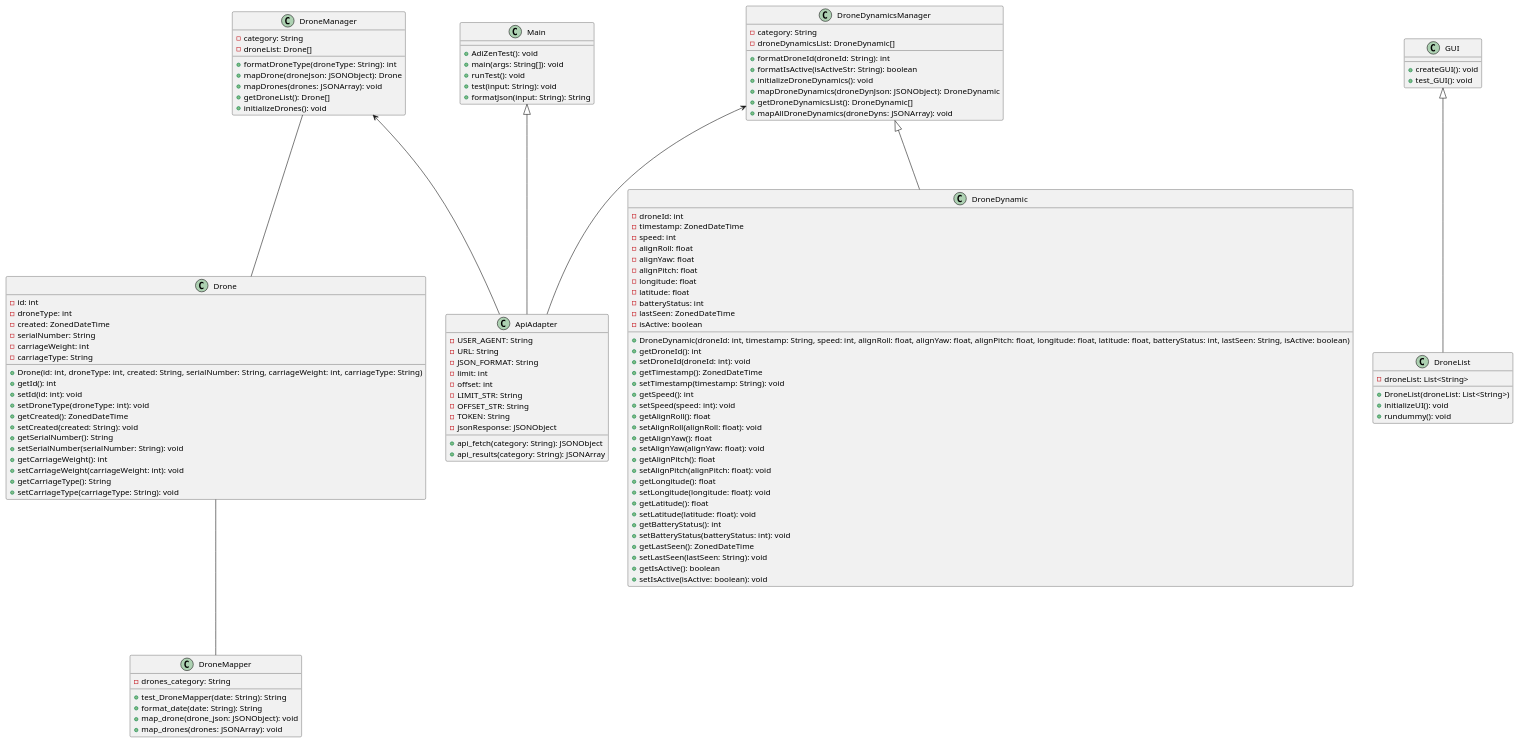
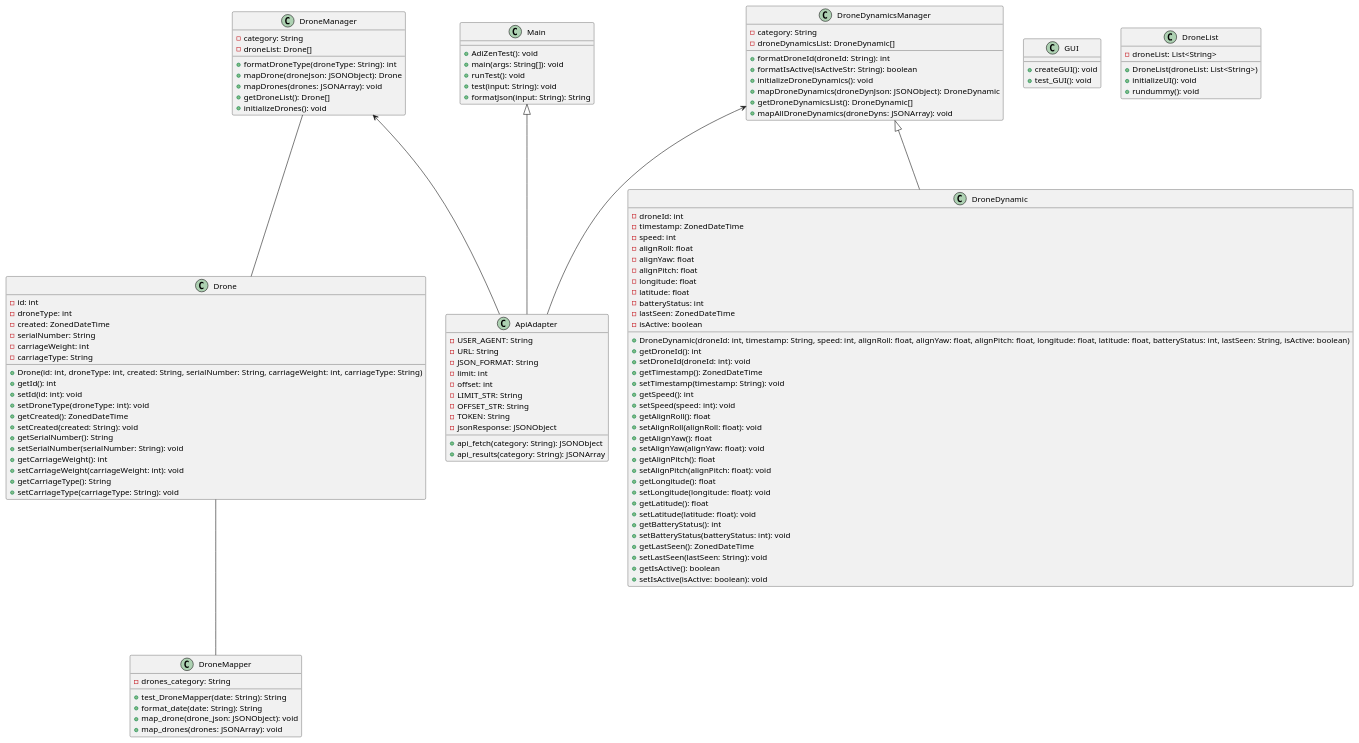
One commit to VicCislari/DroneGUI changed the diagram in Documentation/classdiagramm.puml. Above: the diagram before and after it, drawn with PlantUML. The commit also changed 1 other file, not shown here.

```diff
--- a/Documentation/classdiagramm.puml
+++ b/Documentation/classdiagramm.puml
@@ -1,139 +1,138 @@
 @startuml
 
 class Drone {
     -id: int
     -droneType: int
     -created: ZonedDateTime
     -serialNumber: String
     -carriageWeight: int
     -carriageType: String
 
     +Drone(id: int, droneType: int, created: String, serialNumber: String, carriageWeight: int, carriageType: String)
     +getId(): int
     +setId(id: int): void
     +setDroneType(droneType: int): void
     +getCreated(): ZonedDateTime
     +setCreated(created: String): void
     +getSerialNumber(): String
     +setSerialNumber(serialNumber: String): void
     +getCarriageWeight(): int
     +setCarriageWeight(carriageWeight: int): void
     +getCarriageType(): String
     +setCarriageType(carriageType: String): void
 }
 
 class DroneDynamic {
     -droneId: int
     -timestamp: ZonedDateTime
     -speed: int
     -alignRoll: float
     -alignYaw: float
     -alignPitch: float
     -longitude: float
     -latitude: float
     -batteryStatus: int
     -lastSeen: ZonedDateTime
     -isActive: boolean
 
     +DroneDynamic(droneId: int, timestamp: String, speed: int, alignRoll: float, alignYaw: float, alignPitch: float, longitude: float, latitude: float, batteryStatus: int, lastSeen: String, isActive: boolean)
     +getDroneId(): int
     +setDroneId(droneId: int): void
     +getTimestamp(): ZonedDateTime
     +setTimestamp(timestamp: String): void
     +getSpeed(): int
     +setSpeed(speed: int): void
     +getAlignRoll(): float
     +setAlignRoll(alignRoll: float): void
     +getAlignYaw(): float
     +setAlignYaw(alignYaw: float): void
     +getAlignPitch(): float
     +setAlignPitch(alignPitch: float): void
     +getLongitude(): float
     +setLongitude(longitude: float): void
     +getLatitude(): float
     +setLatitude(latitude: float): void
     +getBatteryStatus(): int
     +setBatteryStatus(batteryStatus: int): void
     +getLastSeen(): ZonedDateTime
     +setLastSeen(lastSeen: String): void
     +getIsActive(): boolean
     +setIsActive(isActive: boolean): void
 }
 
 class DroneManager {
     -category: String
     -droneList: Drone[]
 
     +formatDroneType(droneType: String): int
     +mapDrone(droneJson: JSONObject): Drone
     +mapDrones(drones: JSONArray): void
     +getDroneList(): Drone[]
     +initializeDrones(): void
 }
 
 class DroneDynamicsManager {
     -category: String
     -droneDynamicsList: DroneDynamic[]
 
     +formatDroneId(droneId: String): int
     +formatIsActive(isActiveStr: String): boolean
     +initializeDroneDynamics(): void
     +mapDroneDynamics(droneDynJson: JSONObject): DroneDynamic
     +getDroneDynamicsList(): DroneDynamic[]
     +mapAllDroneDynamics(droneDyns: JSONArray): void
 }
 
 class GUI {
     +createGUI(): void
     +test_GUI(): void
 }
 
 class DroneList {
     -droneList: List<String>
 
     +DroneList(droneList: List<String>)
     +initializeUI(): void
     +rundummy(): void
 }
 
 class ApiAdapter {
     -USER_AGENT: String
     -URL: String
     -JSON_FORMAT: String
     -limit: int
     -offset: int
     -LIMIT_STR: String
     -OFFSET_STR: String
     -TOKEN: String
     -jsonResponse: JSONObject
 
     +api_fetch(category: String): JSONObject
     +api_results(category: String): JSONArray
 }
 
 class DroneMapper {
     -drones_category: String
 
     +test_DroneMapper(date: String): String
     +format_date(date: String): String
     +map_drone(drone_json: JSONObject): void
     +map_drones(drones: JSONArray): void
 }
 
 class Main {
     +AdiZenTest(): void
     +main(args: String[]): void
     +runTest(): void
     +test(input: String): void
     +formatJson(input: String): String
 }
 
 DroneManager <--- ApiAdapter
 DroneManager --- Drone
 DroneDynamicsManager <--- ApiAdapter
 DroneDynamicsManager <|--- DroneDynamic
 
 Main <|--- ApiAdapter
 Drone --- DroneMapper
-GUI <|--- DroneList
 @enduml
```
